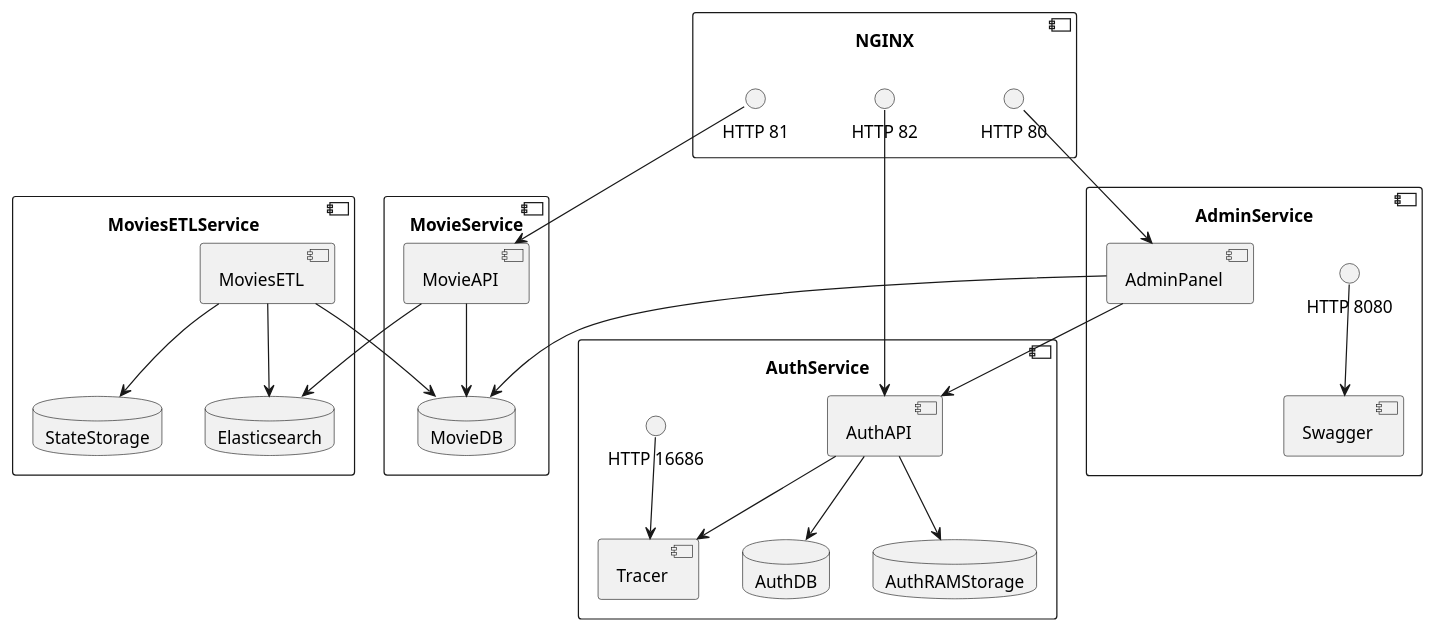
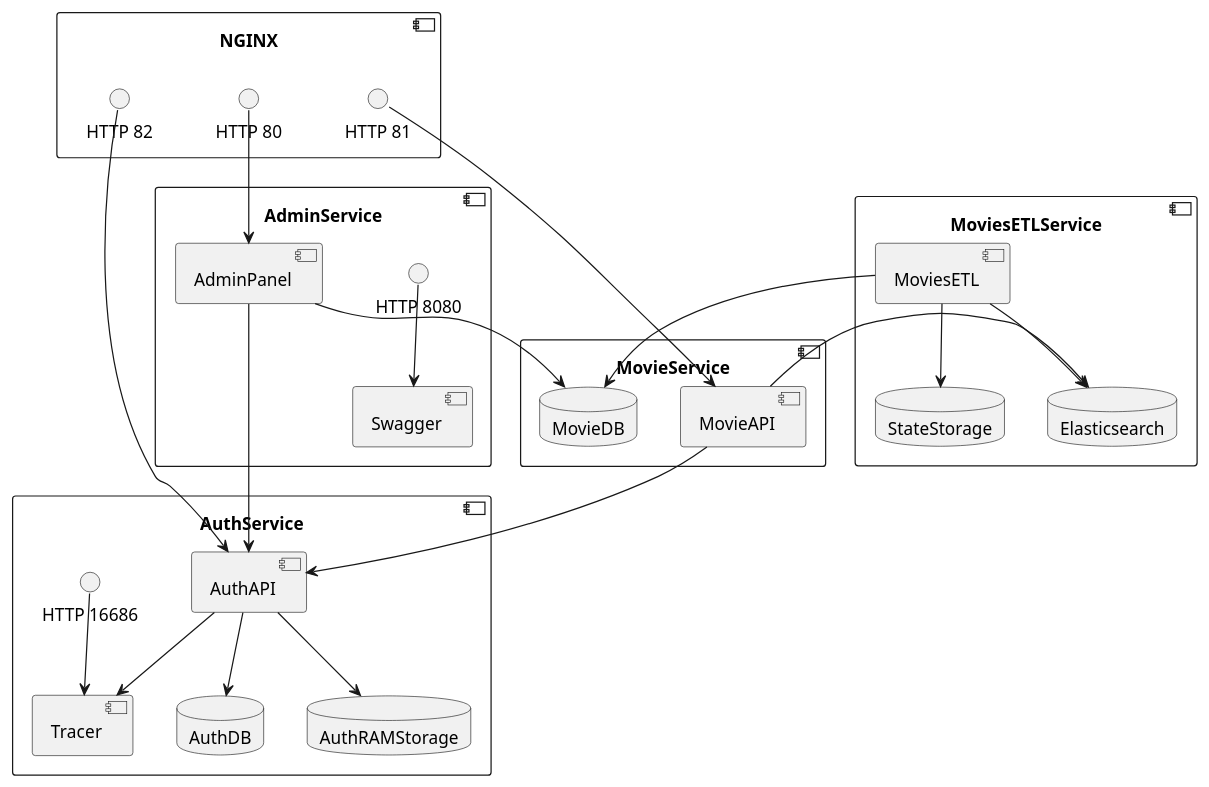
One commit to evteevakb/online-cinema changed the diagram in docs/diagrams/src/ContainerDiagramAsIs.plantuml. Above: the diagram before and after it, drawn with PlantUML. The commit also changed 1 other file, not shown here.

Commit message:
Remove connection between MovieDB and MovieAPI, add connection between AuthAPI and MovieAPI

```diff
--- a/docs/diagrams/src/ContainerDiagramAsIs.plantuml
+++ b/docs/diagrams/src/ContainerDiagramAsIs.plantuml
@@ -1,55 +1,55 @@
 @startuml ContainerDiagramAsIs
 skinparam componentStyle uml2
 
 component NGINX {
     interface "HTTP 80" as AdminPort
     interface "HTTP 81" as MovieAPIPort
     interface "HTTP 82" as AuthPort
 }
 
 component AdminService {
     [AdminPanel]
     [Swagger]
     interface "HTTP 8080" as SwaggerPort
 }
 
 component MovieService {
     [MovieAPI]
     database MovieDB
 }
 
 component MoviesETLService {
     [MoviesETL]
     database StateStorage
     database Elasticsearch
 }
 
 component AuthService {
     [AuthAPI]
     [Tracer]
     database AuthDB
     database AuthRAMStorage
     interface "HTTP 16686" as JaegerPort
 }
 
 AdminPort --> [AdminPanel]
 MovieAPIPort --> [MovieAPI]
 AuthPort --> [AuthAPI]
 SwaggerPort --> [Swagger]
 JaegerPort --> [Tracer]
 
 [AdminPanel] --> MovieDB
 [AdminPanel] --> [AuthAPI]
 
-[MovieAPI] --> MovieDB
+[MovieAPI] --> AuthAPI
 [MovieAPI] --> Elasticsearch
 
 [MoviesETL] --> MovieDB
 [MoviesETL] --> Elasticsearch
 [MoviesETL] --> StateStorage
 
 [AuthAPI] --> AuthDB
 [AuthAPI] --> AuthRAMStorage
 [AuthAPI] --> [Tracer]
 
 @enduml
```
